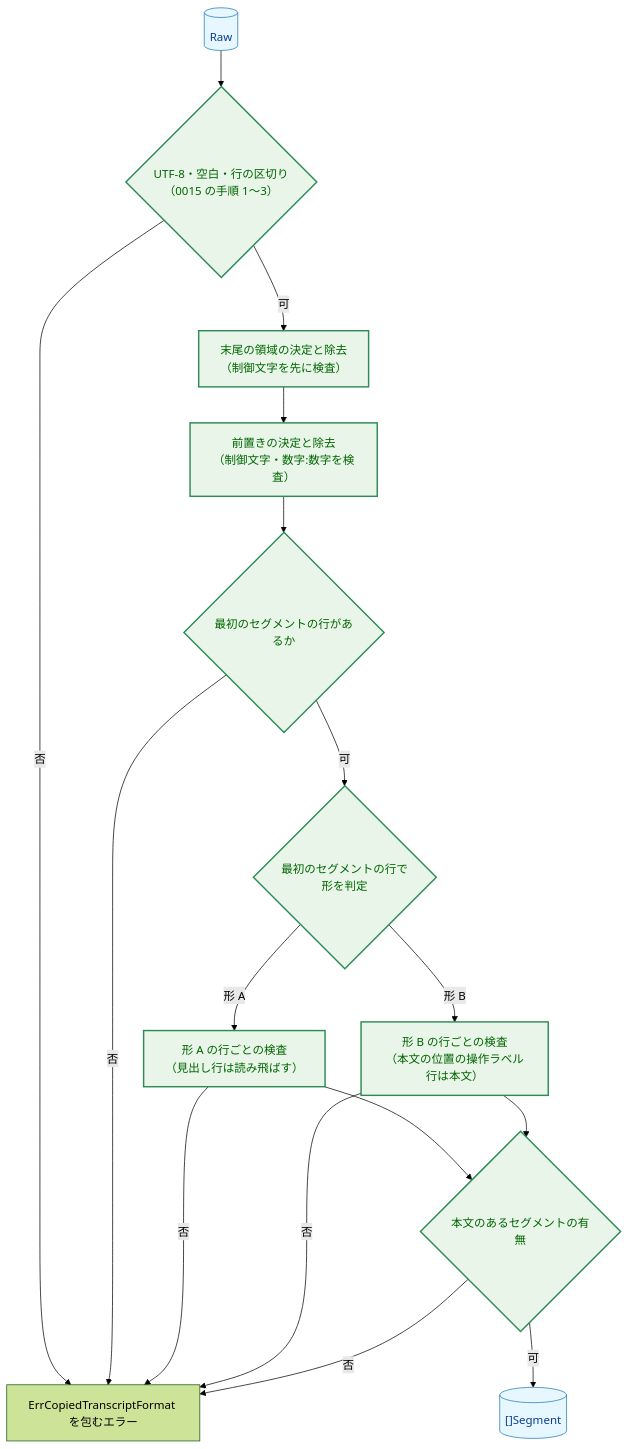
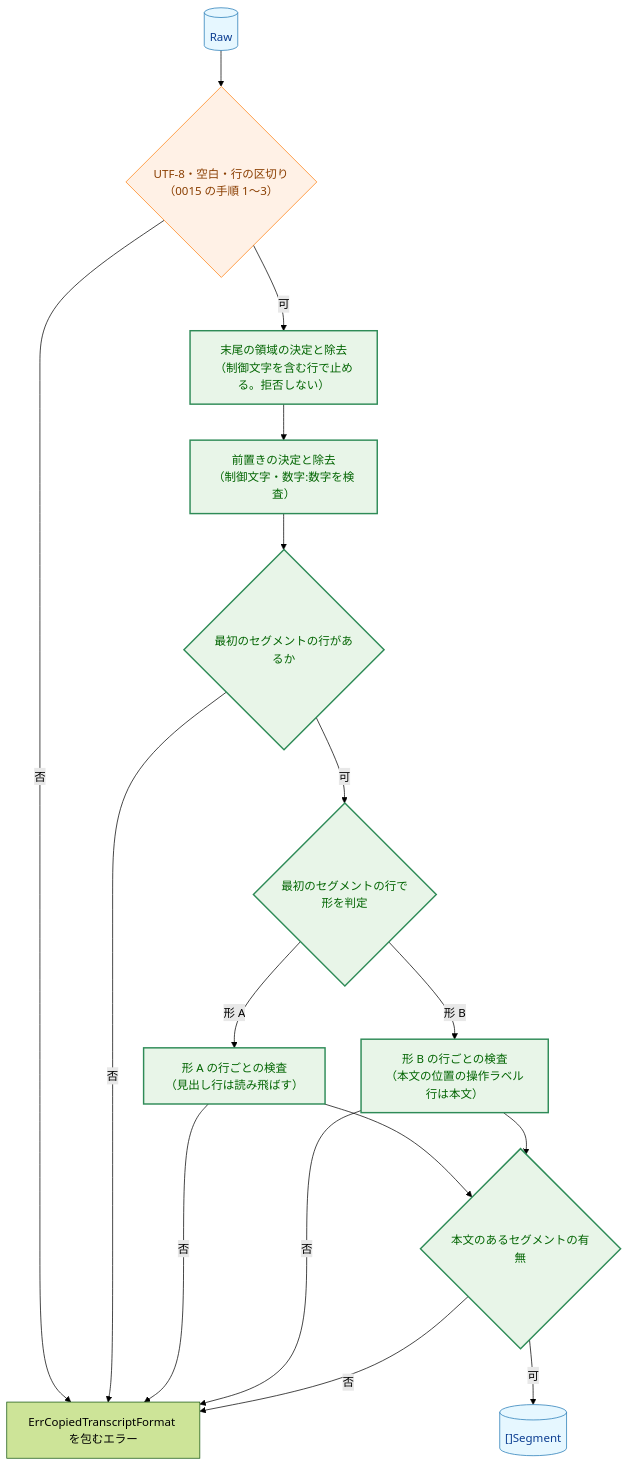
One commit to isseis/yt2column changed the eighth of 11 diagrams in docs/tasks/0024_copied_transcript_panel_lines/02_architecture.md. Above: the diagram before and after it, drawn with Mermaid (forest theme). The commit also changed other lines of this file, not shown here.

````diff
--- a/docs/tasks/0024_copied_transcript_panel_lines/02_architecture.md
+++ b/docs/tasks/0024_copied_transcript_panel_lines/02_architecture.md
@@ -450,24 +457,26 @@
 ```mermaid
 flowchart TD
     classDef data fill:#e6f7ff,stroke:#1f77b4,stroke-width:1px,color:#0b3d91;
+    classDef process fill:#fff1e6,stroke:#ff7f0e,stroke-width:1px,color:#8a3e00;
     classDef enhanced fill:#e8f5e8,stroke:#2e8b57,stroke-width:2px,color:#006400;
 
     IN[("Raw")] --> C1{"UTF-8・空白・行の区切り<br>（0015 の手順 1〜3）"}
     C1 -->|"否"| EF["ErrCopiedTranscriptFormat を包むエラー"]
-    C1 -->|"可"| TRAIL["末尾の領域の決定と除去<br>（制御文字を先に検査）"]
+    C1 -->|"可"| TRAIL["末尾の領域の決定と除去<br>（制御文字を含む行で止める。拒否しない）"]
     TRAIL --> PREFIX["前置きの決定と除去<br>（制御文字・数字:数字を検査）"]
     PREFIX --> HAS{"最初のセグメントの行があるか"}
     HAS -->|"否"| EF
     HAS -->|"可"| FORM{"最初のセグメントの行で<br>形を判定"}
     FORM -->|"形 B"| B["形 B の行ごとの検査<br>（本文の位置の操作ラベル行は本文）"]
     FORM -->|"形 A"| A["形 A の行ごとの検査<br>（見出し行は読み飛ばす）"]
     A -->|"否"| EF
     B -->|"否"| EF
     A --> O{"本文のあるセグメントの有無"}
     B --> O
     O -->|"否"| EF
     O -->|"可"| SEGS[("[]Segment")]
 
     class IN,SEGS data
-    class TRAIL,PREFIX,FORM,A,B,O,C1,HAS enhanced
+    class C1 process
+    class TRAIL,PREFIX,FORM,A,B,O,HAS enhanced
 ```
````
